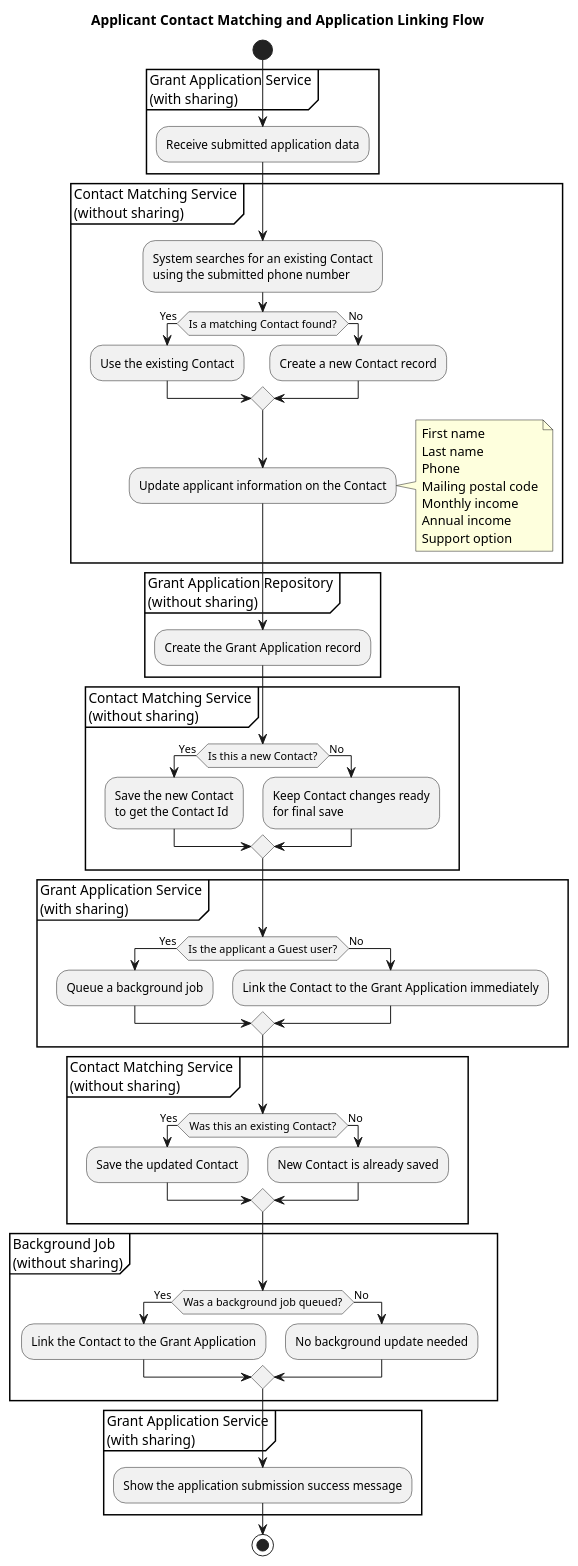
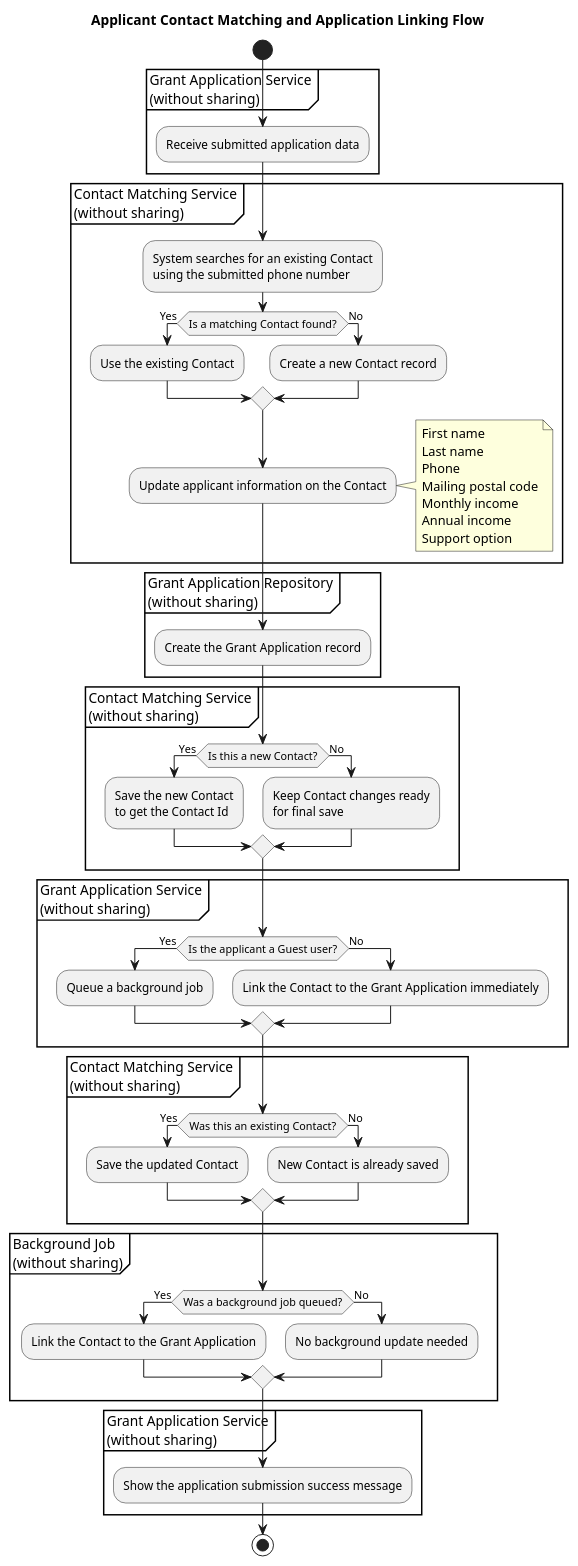
Before and after one commit to jimmytobing/virtusa: the diagram in doc/3.9 Contact Matching Flow.puml, drawn with PlantUML. The commit also changed 16 other files, not shown here.

```diff
--- a/doc/3.9 Contact Matching Flow.puml
+++ b/doc/3.9 Contact Matching Flow.puml
@@ -1,74 +1,74 @@
 @startuml
 
 title Applicant Contact Matching and Application Linking Flow
 
 start
 
-partition "Grant Application Service\n(with sharing)" {
+partition "Grant Application Service\n(without sharing)" {
     :Receive submitted application data;
 }
 
 partition "Contact Matching Service\n(without sharing)" {
     :System searches for an existing Contact\nusing the submitted phone number;
 
     if (Is a matching Contact found?) then (Yes)
         :Use the existing Contact;
     else (No)
         :Create a new Contact record;
     endif
 
     :Update applicant information on the Contact;
     note right
         First name
         Last name
         Phone
         Mailing postal code
         Monthly income
         Annual income
         Support option
     end note
 }
 
 partition "Grant Application Repository\n(without sharing)" {
     :Create the Grant Application record;
 }
 
 partition "Contact Matching Service\n(without sharing)" {
     if (Is this a new Contact?) then (Yes)
         :Save the new Contact\nto get the Contact Id;
     else (No)
         :Keep Contact changes ready\nfor final save;
     endif
 }
 
-partition "Grant Application Service\n(with sharing)" {
+partition "Grant Application Service\n(without sharing)" {
     if (Is the applicant a Guest user?) then (Yes)
         :Queue a background job;
     else (No)
         :Link the Contact to the Grant Application immediately;
     endif
 }
 
 partition "Contact Matching Service\n(without sharing)" {
     if (Was this an existing Contact?) then (Yes)
         :Save the updated Contact;
     else (No)
         :New Contact is already saved;
     endif
 }
 
 partition "Background Job\n(without sharing)" {
     if (Was a background job queued?) then (Yes)
         :Link the Contact to the Grant Application;
     else (No)
         :No background update needed;
     endif
 }
 
-partition "Grant Application Service\n(with sharing)" {
+partition "Grant Application Service\n(without sharing)" {
     :Show the application submission success message;
 }
 
 stop
 
 @enduml
```
